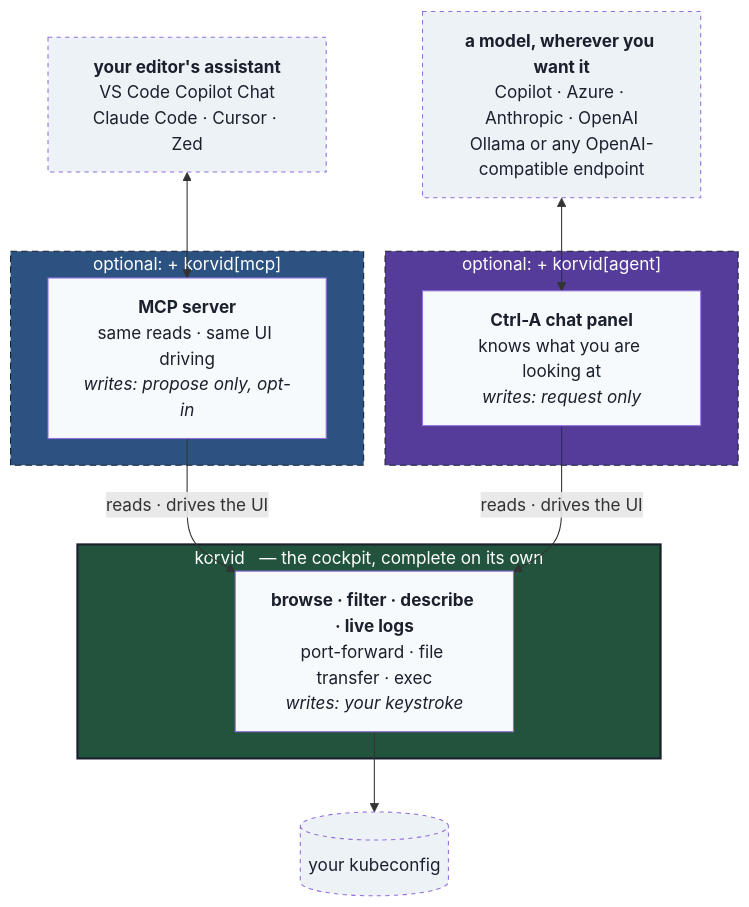
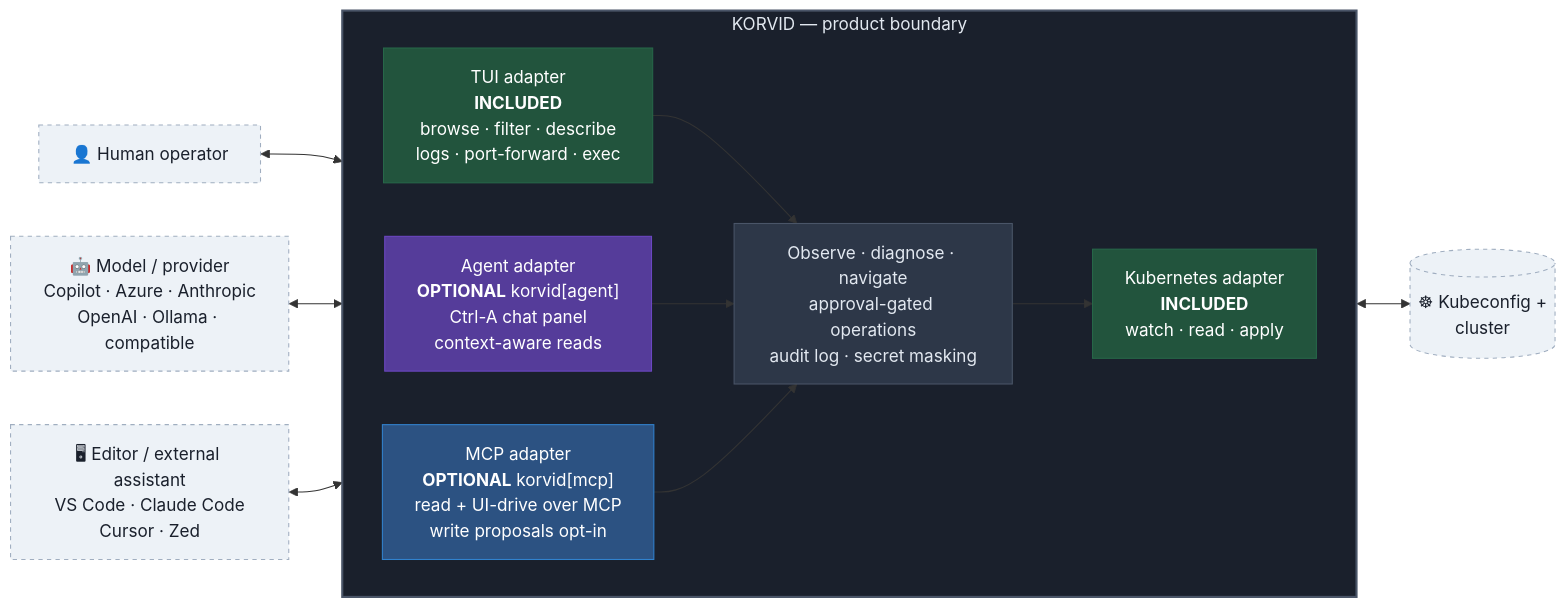
The first of 2 diagrams in docs/overview.md (hellices/korvid), drawn with Mermaid before and after one commit. The commit also changed other lines of this file and 3 other files, not shown here.

````diff
--- a/docs/overview.md
+++ b/docs/overview.md
@@ -16,35 +16,37 @@
 ```mermaid
-flowchart TB
-    M["<b>your editor's assistant</b><br/>VS Code Copilot Chat<br/>Claude Code · Cursor · Zed"]
-    P["<b>a model, wherever you want it</b><br/>Copilot · Azure · Anthropic · OpenAI<br/>Ollama or any OpenAI-compatible endpoint"]
+flowchart LR
+    HUMAN["👤 Human operator"]
+    MODEL["🤖 Model / provider<br/>Copilot · Azure · Anthropic<br/>OpenAI · Ollama · compatible"]
+    CLIENT["🖥 Editor / external assistant<br/>VS Code · Claude Code<br/>Cursor · Zed"]
+    CLUSTER[("☸ Kubeconfig +<br/>cluster")]
 
-    subgraph X1[" &nbsp; optional: + korvid[mcp] &nbsp; "]
-        MS["<b>MCP server</b><br/>same reads · same UI driving<br/><i>writes: propose only, opt-in</i>"]
+    subgraph KORVID["KORVID — product boundary"]
+        direction LR
+        TUI["TUI adapter<br/><b>INCLUDED</b><br/>browse · filter · describe<br/>logs · port-forward · exec"]
+        AGENT["Agent adapter<br/><b>OPTIONAL</b> korvid[agent]<br/>Ctrl-A chat panel<br/>context-aware reads"]
+        CORE["Observe · diagnose · navigate<br/>approval-gated operations<br/>audit log · secret masking"]
+        MCP["MCP adapter<br/><b>OPTIONAL</b> korvid[mcp]<br/>read + UI-drive over MCP<br/>write proposals opt-in"]
+        K8S["Kubernetes adapter<br/><b>INCLUDED</b><br/>watch · read · apply"]
+
+        TUI --> CORE
+        AGENT --> CORE
+        MCP --> CORE
+        CORE --> K8S
     end
 
-    subgraph X2[" &nbsp; optional: + korvid[agent] &nbsp; "]
-        A["<b>Ctrl-A chat panel</b><br/>knows what you are looking at<br/><i>writes: request only</i>"]
-    end
+    HUMAN <--> TUI
+    MODEL <--> AGENT
+    CLIENT <--> MCP
+    K8S <--> CLUSTER
 
-    subgraph BASE[" &nbsp; korvid &nbsp; — the cockpit, complete on its own &nbsp; "]
-        T["<b>browse · filter · describe · live logs</b><br/>port-forward · file transfer · exec<br/><i>writes: your keystroke</i>"]
-    end
-
-    K[("your kubeconfig")]
-
-    M <--> MS
-    P <--> A
-    MS -->|"reads · drives the UI"| T
-    A -->|"reads · drives the UI"| T
-    T --> K
-
-    style BASE fill:#22543d,color:#fff,stroke:#1a202c,stroke-width:2px
-    style X1 fill:#2c5282,color:#fff,stroke:#1a202c,stroke-dasharray: 6 4
-    style X2 fill:#553c9a,color:#fff,stroke:#1a202c,stroke-dasharray: 6 4
-    style T fill:#f7fafc,color:#1a202c
-    style A fill:#f7fafc,color:#1a202c
-    style MS fill:#f7fafc,color:#1a202c
-    style M fill:#edf2f7,color:#1a202c,stroke-dasharray: 4 4
-    style P fill:#edf2f7,color:#1a202c,stroke-dasharray: 4 4
-    style K fill:#edf2f7,color:#1a202c,stroke-dasharray: 4 4
+    style KORVID fill:#1a202c,color:#e2e8f0,stroke:#4a5568,stroke-width:2px
+    style CORE fill:#2d3748,color:#e2e8f0,stroke:#4a5568
+    style TUI fill:#22543d,color:#fff,stroke:#276749
+    style K8S fill:#22543d,color:#fff,stroke:#276749
+    style AGENT fill:#553c9a,color:#fff,stroke:#6b46c1
+    style MCP fill:#2c5282,color:#fff,stroke:#3182ce
+    style HUMAN fill:#edf2f7,color:#1a202c,stroke:#a0aec0,stroke-dasharray: 4 4
+    style MODEL fill:#edf2f7,color:#1a202c,stroke:#a0aec0,stroke-dasharray: 4 4
+    style CLIENT fill:#edf2f7,color:#1a202c,stroke:#a0aec0,stroke-dasharray: 4 4
+    style CLUSTER fill:#edf2f7,color:#1a202c,stroke:#a0aec0,stroke-dasharray: 4 4
 ```
````
